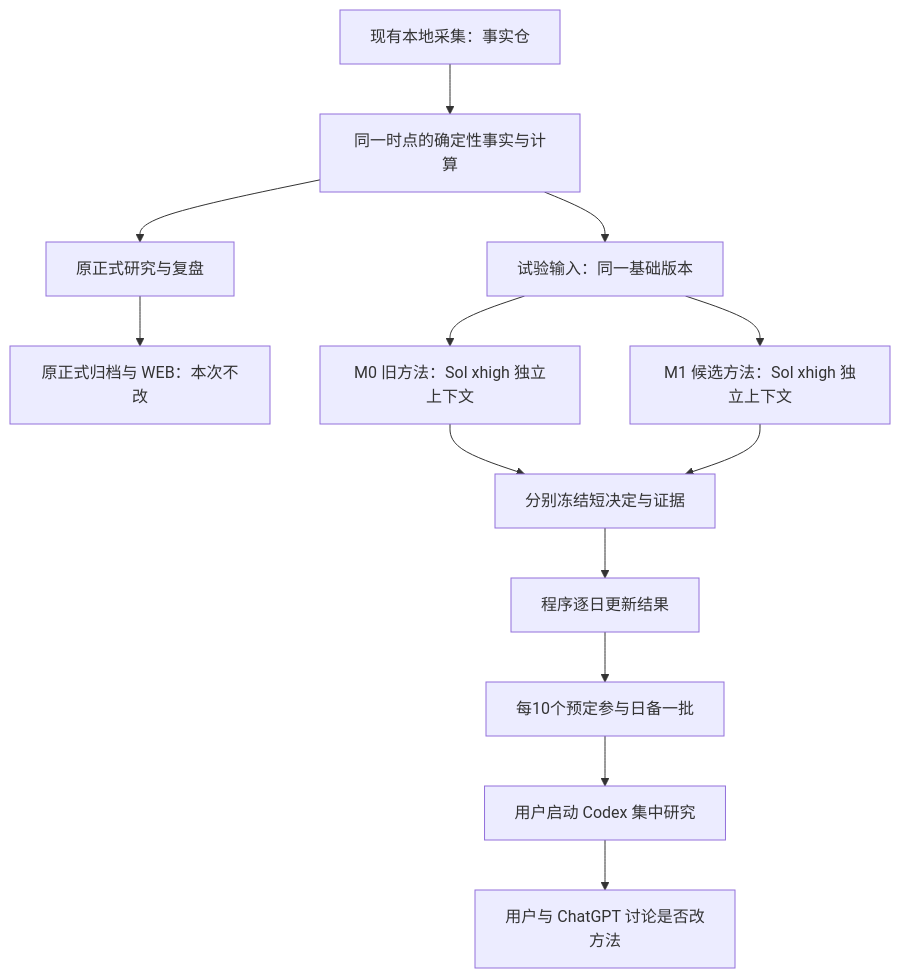
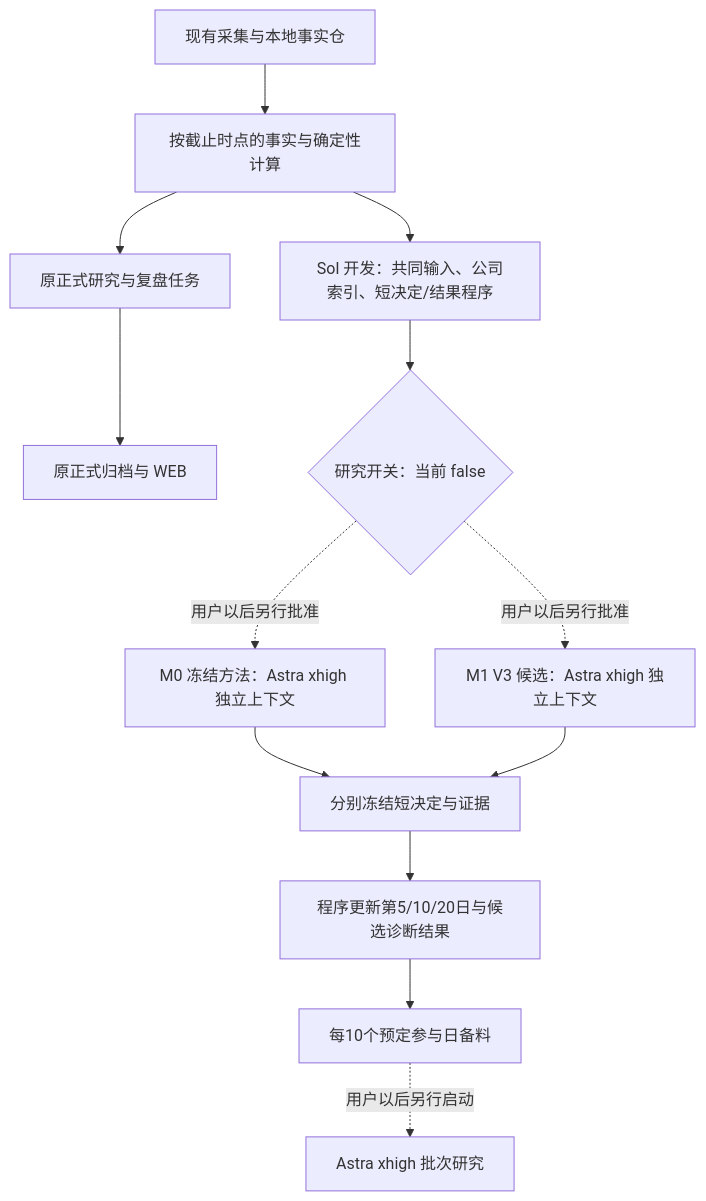
One commit to ccrt26/stock-analysis-assistant-v3 changed the diagram in README.md. Above: the diagram before and after it, drawn with Mermaid. The commit also changed other lines of this file and 9 other files, not shown here.

````diff
--- a/README.md
+++ b/README.md
@@ -206,15 +206,15 @@
 ```mermaid
 flowchart TD
-    A[现有本地采集：事实仓] --> B[同一时点的确定性事实与计算]
-    B --> P[原正式研究与复盘]
-    P --> W[原正式归档与 WEB：本次不改]
-    B --> C[试验输入：同一基础版本]
-    C --> M0[M0 旧方法：Sol xhigh 独立上下文]
-    C --> M1[M1 候选方法：Sol xhigh 独立上下文]
-    M0 --> D[分别冻结短决定与证据]
-    M1 --> D
-    D --> E[程序逐日更新结果]
-    E --> F[每10个预定参与日备一批]
-    F --> G[用户启动 Codex 集中研究]
-    G --> H[用户与 ChatGPT 讨论是否改方法]
+    A[现有采集与本地事实仓] --> B[按截止时点的事实与确定性计算]
+    B --> F[原正式研究与复盘任务]
+    F --> G[原正式归档与 WEB]
+    B --> C[Sol 开发：共同输入、公司索引、短决定/结果程序]
+    C --> D{研究开关：当前 false}
+    D -. 用户以后另行批准 .-> M0[M0 冻结方法：Astra xhigh 独立上下文]
+    D -. 用户以后另行批准 .-> M1[M1 V3 候选：Astra xhigh 独立上下文]
+    M0 --> E[分别冻结短决定与证据]
+    M1 --> E
+    E --> H[程序更新第5/10/20日与候选诊断结果]
+    H --> I[每10个预定参与日备料]
+    I -. 用户以后另行启动 .-> J[Astra xhigh 批次研究]
 ```
````
